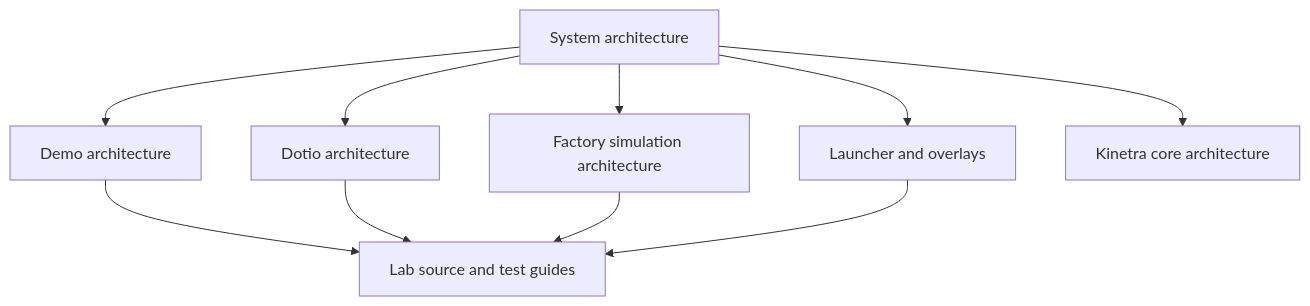
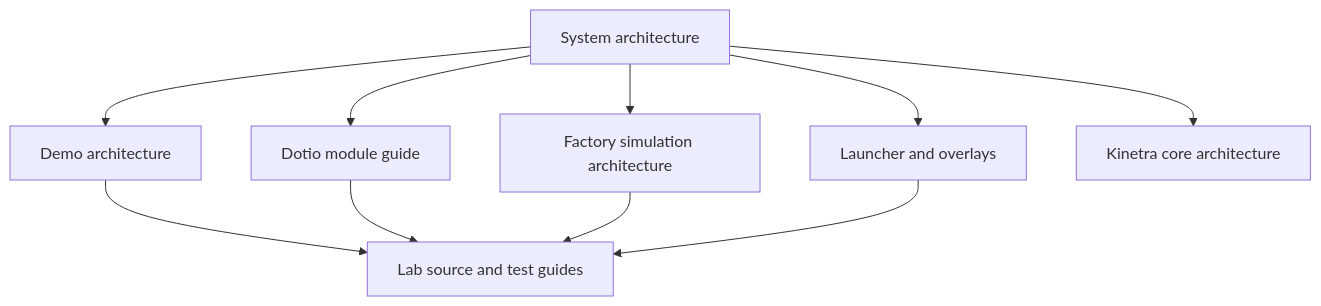
One commit to SMB-M87/Kinetra-Lab changed the diagram in docs/README.md. Above: the diagram before and after it, drawn with Mermaid. The commit also changed other lines of this file and 5 other files, not shown here.

First line of the commit message:
docs(dotio): rewrite the module README and fold in the architecture page

````diff
--- a/docs/README.md
+++ b/docs/README.md
@@ -19,12 +19,12 @@
 ```mermaid
 flowchart TD
     System["System architecture"] --> Demo["Demo architecture"]
-    System --> Dotio["Dotio architecture"]
+    System --> Dotio["Dotio module guide"]
     System --> Factory["Factory simulation architecture"]
     System --> Launcher["Launcher and overlays"]
     Demo --> Sources["Lab source and test guides"]
     Dotio --> Sources
     Factory --> Sources
     Launcher --> Sources
     System --> Core["Kinetra core architecture"]
 ```
````
